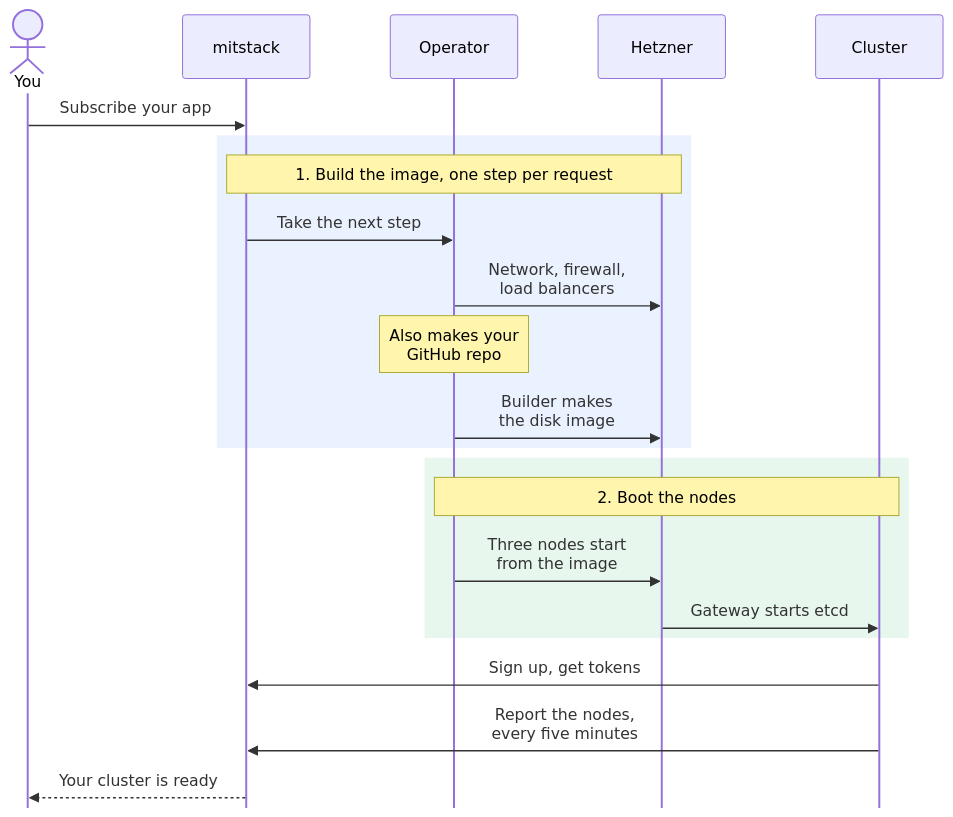
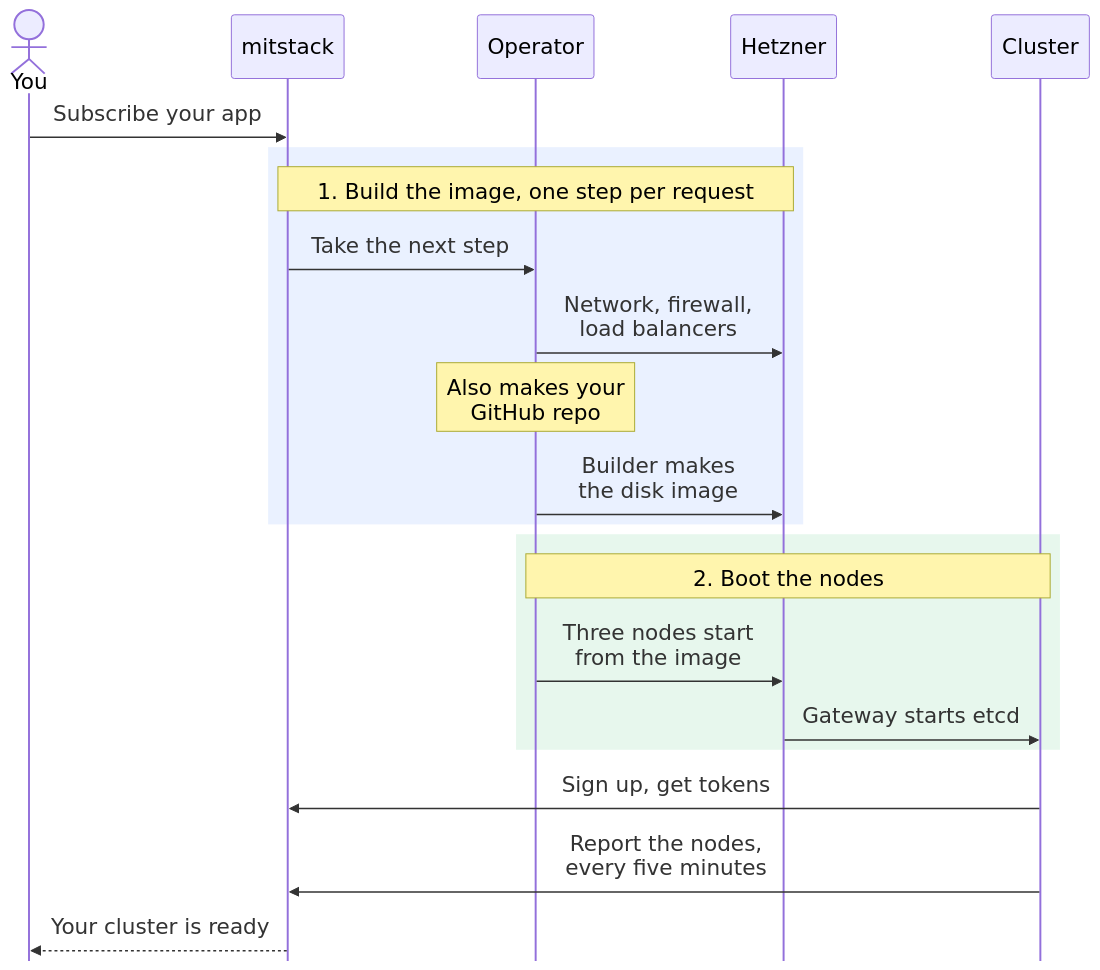
One commit to mitstack-eu/hcloud-talos-cluster changed the second of 2 diagrams in README.md. Above: the diagram before and after it, drawn with Mermaid. The commit also changed other lines of this file, not shown here.

Commit message:
MIT-5267: the README's Use it steps say where to make the Hetzner token and how to add the block, and the sequence diagram's text is 22 px

````diff
--- a/README.md
+++ b/README.md
@@ -62,25 +63,25 @@
 ```mermaid
-%%{init: {"themeVariables": {"fontSize": "18px"}, "sequence": {"messageFontSize": 18, "actorFontSize": 18, "noteFontSize": 16, "actorMargin": 40, "width": 130, "mirrorActors": false}}}%%
 sequenceDiagram
+    %%{init: {"fontSize": 22, "sequence": {"actorMargin": 20, "width": 100, "mirrorActors": false}}}%%
     actor You
     participant M as mitstack
     participant O as Operator
     participant H as Hetzner
     participant C as Cluster
     You->>M: Subscribe your app
     rect rgba(80, 140, 255, 0.12)
         Note over M,H: 1. Build the image, one step per request
         M->>O: Take the next step
         O->>H: Network, firewall,<br/>load balancers
         Note over O: Also makes your<br/>GitHub repo
         O->>H: Builder makes<br/>the disk image
     end
     rect rgba(60, 190, 110, 0.12)
         Note over O,C: 2. Boot the nodes
         O->>H: Three nodes start<br/>from the image
         H->>C: Gateway starts etcd
     end
     C->>M: Sign up, get tokens
     C->>M: Report the nodes,<br/>every five minutes
     M-->>You: Your cluster is ready
 ```
````
